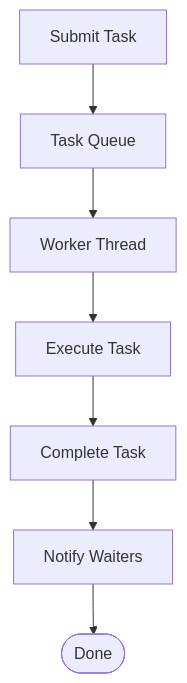
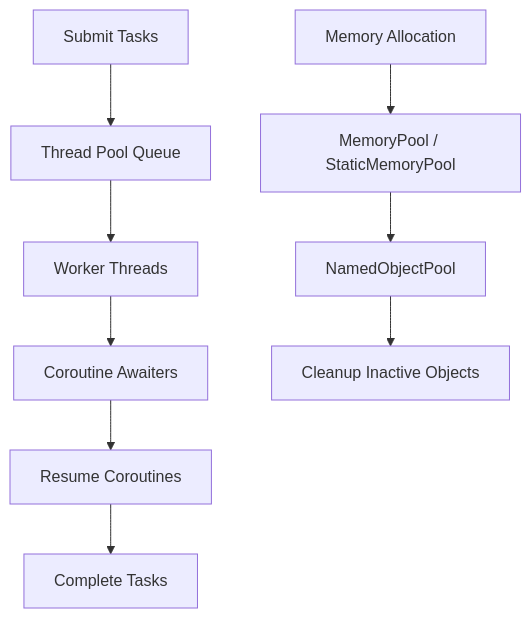
Diagram 11 of 12 in .qoder/repowiki/en/content/Advanced Features/Advanced Features.md (hsmbanlance/HsBaSlicer), drawn with Mermaid before and after one commit. The commit also changed other lines of this file and 1135 other files, not shown here.

````diff
--- a/.qoder/repowiki/en/content/Advanced Features/Advanced Features.md
+++ b/.qoder/repowiki/en/content/Advanced Features/Advanced Features.md
@@ -484,9 +604,11 @@
 ```mermaid
 flowchart TD
-Submit["Submit Task"] --> Queue["Task Queue"]
-Queue --> Worker["Worker Thread"]
-Worker --> Execute["Execute Task"]
-Execute --> Complete["Complete Task"]
-Complete --> Notify["Notify Waiters"]
-Notify --> End(["Done"])
+Submit["Submit Tasks"] --> Queue["Thread Pool Queue"]
+Queue --> Workers["Worker Threads"]
+Workers --> Await["Coroutine Awaiters"]
+Await --> Resume["Resume Coroutines"]
+Resume --> Complete["Complete Tasks"]
+MemAlloc["Memory Allocation"] --> Pool["MemoryPool / StaticMemoryPool"]
+Pool --> Objects["NamedObjectPool"]
+Objects --> Cleanup["Cleanup Inactive Objects"]
 ```
````
